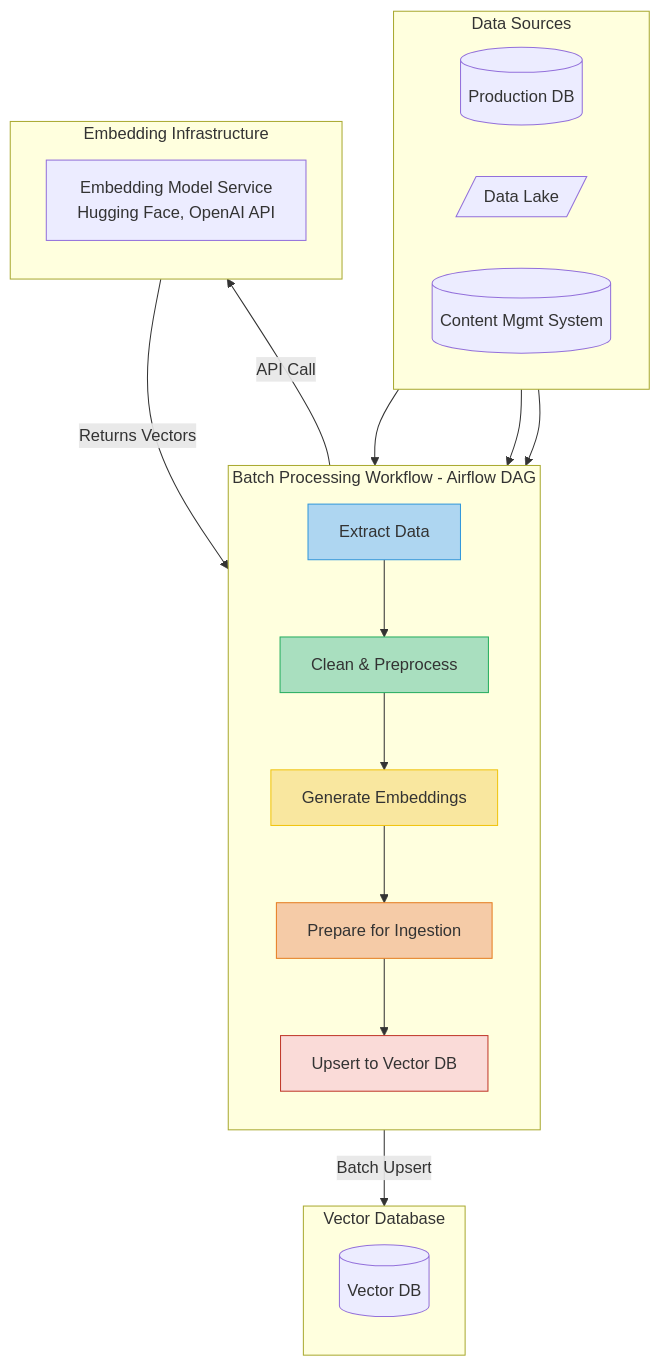
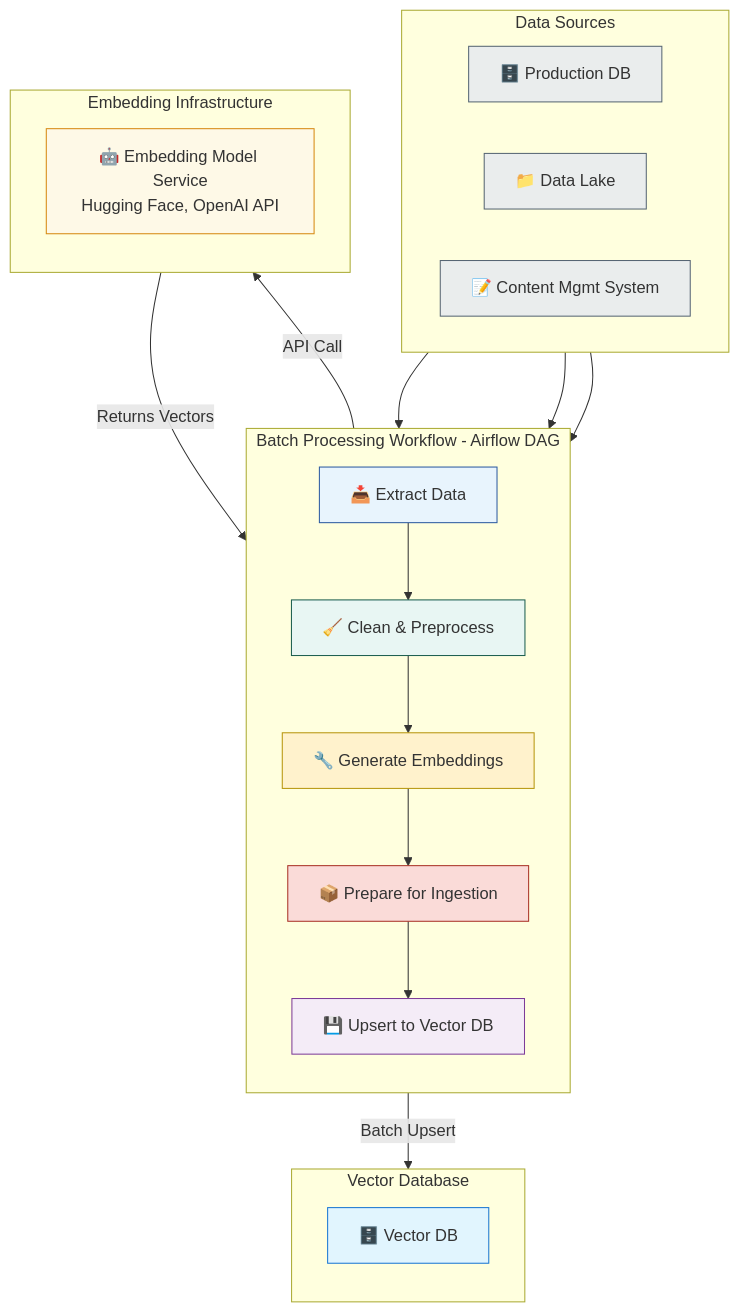
Before and after one commit to raphaelmansuy/tutorials: the third of 4 diagrams in 32_embeddings/07_scaling_embeddings_from_prototype_to_production.md, drawn with Mermaid. The commit also changed other lines of this file and 6 other files, not shown here.

````diff
--- a/32_embeddings/07_scaling_embeddings_from_prototype_to_production.md
+++ b/32_embeddings/07_scaling_embeddings_from_prototype_to_production.md
@@ -267,45 +259,51 @@
 ```mermaid
 flowchart TD
     subgraph "Data Sources"
         direction LR
-        DB[(Production DB)]
-        DataLake[/Data Lake/]
-        CMS[(Content Mgmt System)]
+        DB[🗄️ Production DB]
+        DataLake[📁 Data Lake]
+        CMS[📝 Content Mgmt System]
     end
 
     subgraph "Batch Processing Workflow - Airflow DAG"
         direction TB
-        A[Extract Data]
-        B[Clean & Preprocess]
-        C[Generate Embeddings]
-        D[Prepare for Ingestion]
-        E[Upsert to Vector DB]
+        A[📥 Extract Data]
+        B[🧹 Clean & Preprocess]
+        C[🔧 Generate Embeddings]
+        D[📦 Prepare for Ingestion]
+        E[💾 Upsert to Vector DB]
     end
 
     subgraph "Embedding Infrastructure"
         direction TB
-        ModelService[Embedding Model Service<br/>Hugging Face, OpenAI API]
+        ModelService[🤖 Embedding Model Service<br/>Hugging Face, OpenAI API]
     end
 
     subgraph "Vector Database"
         direction TB
-        VectorDB[(Vector DB)]
+        VectorDB[🗄️ Vector DB]
     end
 
     DB --> A
     DataLake --> A
     CMS --> A
     A --> B
     B --> C
     C -- "API Call" --> ModelService
     ModelService -- "Returns Vectors" --> C
     C --> D
     D --> E
     E -- "Batch Upsert" --> VectorDB
 
-    style A fill:#AED6F1,stroke:#3498DB
-    style B fill:#A9DFBF,stroke:#27AE60
-    style C fill:#F9E79F,stroke:#F1C40F
-    style D fill:#F5CBA7,stroke:#E67E22
-    style E fill:#FADBD8,stroke:#C0392B
+    %% Professional Color Palette (High Contrast Pastels)
+    style A fill:#E8F4FD,stroke:#2C5AA0
+    style B fill:#E8F6F3,stroke:#1B5E4F
+    style C fill:#FFF2CC,stroke:#B7950B
+    style D fill:#FADBD8,stroke:#A93226
+    style E fill:#F4ECF7,stroke:#7D3C98
+    style DB fill:#EAEDED,stroke:#566573
+    style DataLake fill:#EAEDED,stroke:#566573
+    style CMS fill:#EAEDED,stroke:#566573
+    style ModelService fill:#FEF9E7,stroke:#D68910
+    style VectorDB fill:#E1F5FE,stroke:#1976D2
 ```
````
